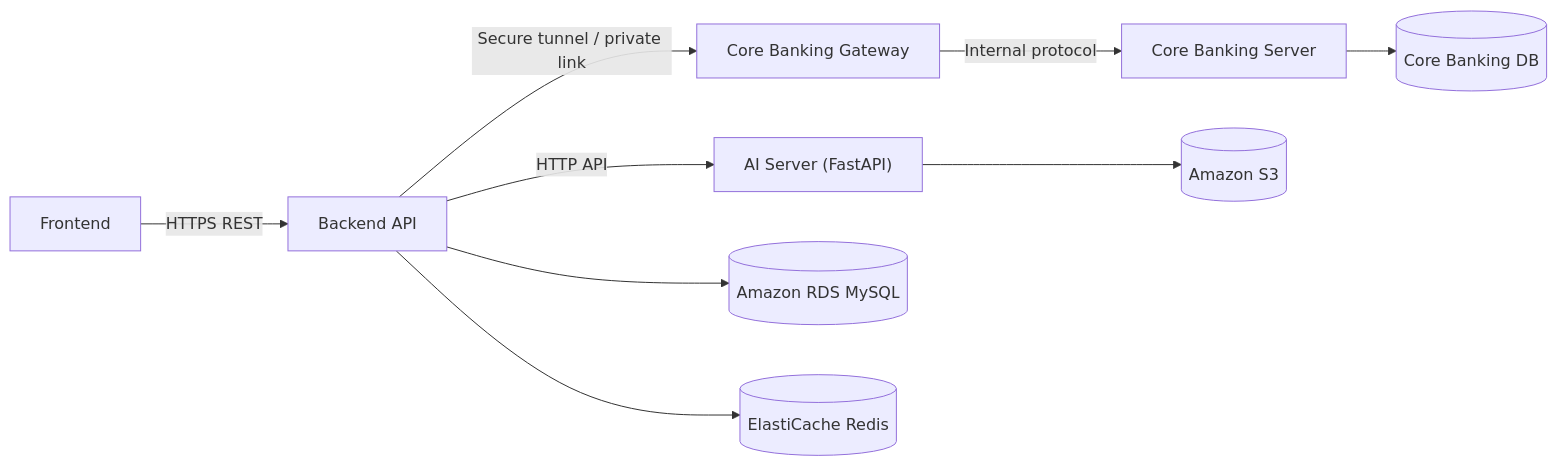
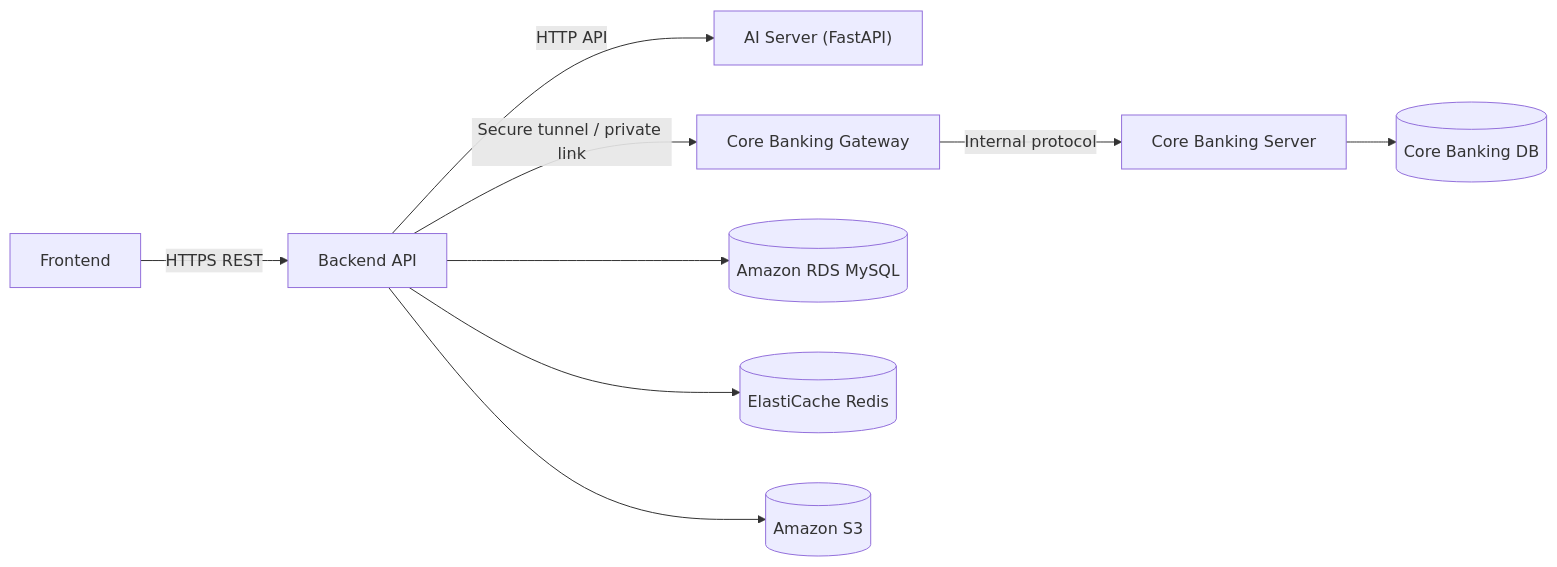
The second of 4 diagrams in AGENTS.md (jaepar/NOVA), drawn with Mermaid before and after one commit. The commit also changed other lines of this file, not shown here.

````diff
--- a/AGENTS.md
+++ b/AGENTS.md
@@ -19,12 +19,12 @@
 ```mermaid
 flowchart LR
     FE["Frontend"] -->|"HTTPS REST"| BE["Backend API"]
     BE -->|"HTTP API"| AI["AI Server (FastAPI)"]
     BE -->|"Secure tunnel / private link"| CBG["Core Banking Gateway"]
     CBG -->|"Internal protocol"| CBS["Core Banking Server"]
     CBS --> CBD[("Core Banking DB")]
 
     BE --> RDS[("Amazon RDS MySQL")]
     BE --> Redis[("ElastiCache Redis")]
-    AI --> S3[("Amazon S3")]
+    BE --> S3[("Amazon S3")]
 ```
````
